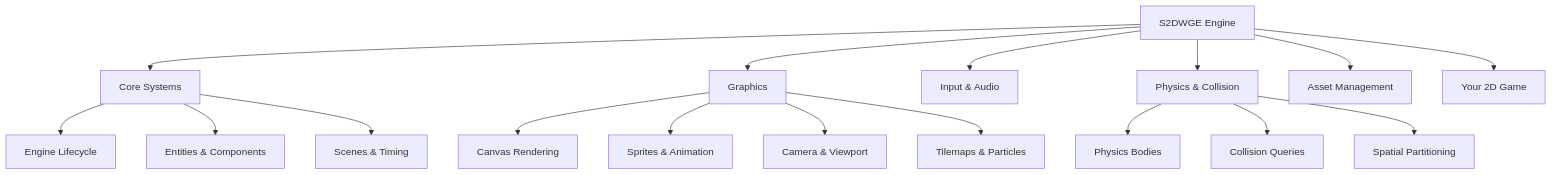
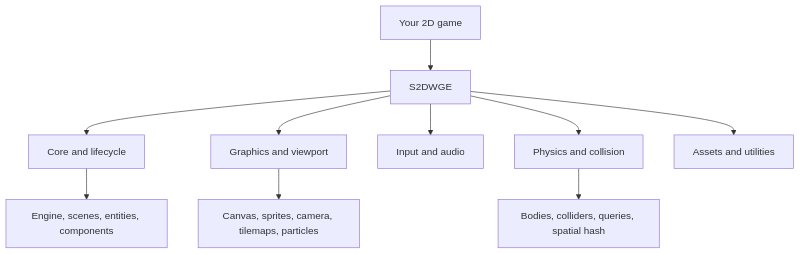
The diagram in README.md (Shreongit/Shreyas.2.Dimensional.Web.Game.Engine), drawn with Mermaid before and after one commit. The commit also changed other lines of this file and 1 other file, not shown here.

````diff
--- a/README.md
+++ b/README.md
@@ -55,23 +49,12 @@
 ```mermaid
 flowchart TD
-    A["S2DWGE Engine"] --> B["Core Systems"]
-    A --> C["Graphics"]
-    A --> D["Input & Audio"]
-    A --> E["Physics & Collision"]
-    A --> F["Asset Management"]
-
-    B --> B1["Engine Lifecycle"]
-    B --> B2["Entities & Components"]
-    B --> B3["Scenes & Timing"]
-
-    C --> C1["Canvas Rendering"]
-    C --> C2["Sprites & Animation"]
-    C --> C3["Camera & Viewport"]
-    C --> C4["Tilemaps & Particles"]
-
-    E --> E1["Physics Bodies"]
-    E --> E2["Collision Queries"]
-    E --> E3["Spatial Partitioning"]
-
-    A --> G["Your 2D Game"]
+  A[Your 2D game] --> B[S2DWGE]
+  B --> C[Core and lifecycle]
+  B --> D[Graphics and viewport]
+  B --> E[Input and audio]
+  B --> F[Physics and collision]
+  B --> G[Assets and utilities]
+  C --> C1[Engine, scenes, entities, components]
+  D --> D1[Canvas, sprites, camera, tilemaps, particles]
+  F --> F1[Bodies, colliders, queries, spatial hash]
 ```
````
